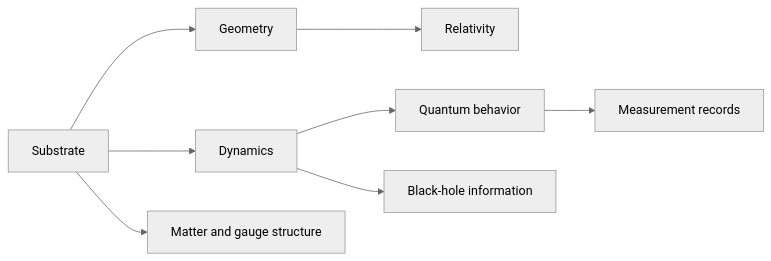
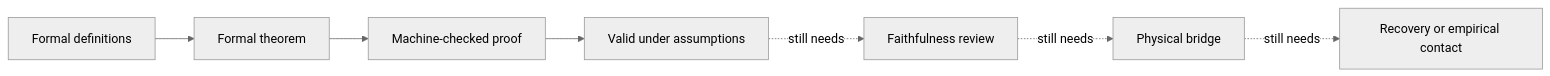
The fifth of 8 diagrams in book/README.MD (PithomLabs/workbench), drawn with Mermaid (neutral theme) before and after one commit. The commit also changed other lines of this file, not shown here.

````diff
--- a/book/README.MD
+++ b/book/README.MD
@@ -1351,10 +944,9 @@
 ```mermaid
 flowchart LR
-    A[Substrate] --> B[Geometry]
-    B --> C[Relativity]
-    A --> D[Dynamics]
-    D --> E[Quantum behavior]
-    A --> F[Matter and gauge structure]
-    D --> G[Black-hole information]
-    E --> H[Measurement records]
+    A[Formal definitions] --> B[Formal theorem]
+    B --> C[Machine-checked proof]
+    C --> D[Valid under assumptions]
+    D -. still needs .-> E[Faithfulness review]
+    E -. still needs .-> F[Physical bridge]
+    F -. still needs .-> G[Recovery or empirical contact]
 ```
````
